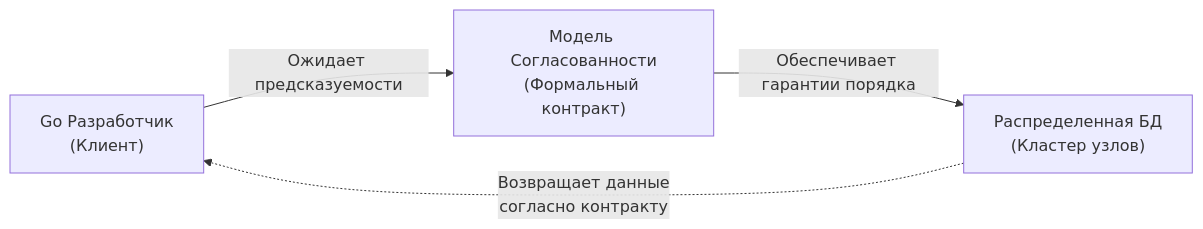
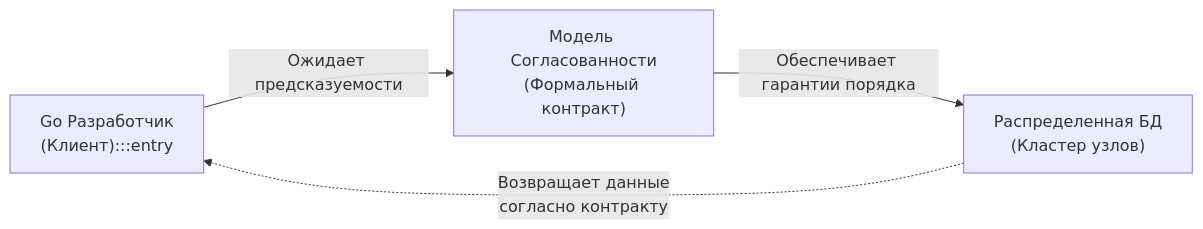
The first of 2 diagrams in sources/14. Распределенные системы на Go/03. Данные и согласованность/1. Consistency модели.md (UnrealTemplier/go-textbook), drawn with Mermaid before and after one commit. The commit also changed 1666 other files, not shown here.

First line of the commit message:
feat(mermaid): add semantic color classDef to 1369 colorless flowchart/graph diagrams

````diff
--- a/sources/14. Распределенные системы на Go/03. Данные и согласованность/1. Consistency модели.md
+++ b/sources/14. Распределенные системы на Go/03. Данные и согласованность/1. Consistency модели.md
@@ -27,6 +27,16 @@
 ```mermaid
 flowchart LR
-    Dev["Go Разработчик<br/>(Клиент)"] -->|"Ожидает предсказуемости"| Contract["Модель Согласованности<br/>(Формальный контракт)"]
+    classDef process  fill:#1e293b,stroke:#38bdf8,stroke-width:1px,color:#f8fafc
+    classDef success  fill:#064e3b,stroke:#34d399,stroke-width:1px,color:#f8fafc
+    classDef error    fill:#7f1d1d,stroke:#f87171,stroke-width:1px,color:#f8fafc
+    classDef warning  fill:#78350f,stroke:#fbbf24,stroke-width:1px,color:#f8fafc
+    classDef entry    fill:#1e3a5f,stroke:#38bdf8,stroke-width:2px,color:#f8fafc
+    classDef aux      fill:#334155,stroke:#64748b,stroke-width:1px,color:#f8fafc
+    classDef system   fill:#312e81,stroke:#a78bfa,stroke-width:1px,color:#f8fafc
+    classDef data     fill:#132d29,stroke:#2dd4bf,stroke-width:1px,color:#f8fafc
+    classDef network  fill:#881337,stroke:#fb7185,stroke-width:1px,color:#f8fafc
+    classDef accent   fill:#1e1b4b,stroke:#818cf8,stroke-width:1px,color:#f8fafc
+    Dev["Go Разработчик<br/>(Клиент):::entry"] -->|"Ожидает предсказуемости"| Contract["Модель Согласованности<br/>(Формальный контракт)"]
     Contract -->|"Обеспечивает гарантии порядка"| DB["Распределенная БД<br/>(Кластер узлов)"]
     DB -.->|"Возвращает данные<br/>согласно контракту"| Dev
 ```
````
